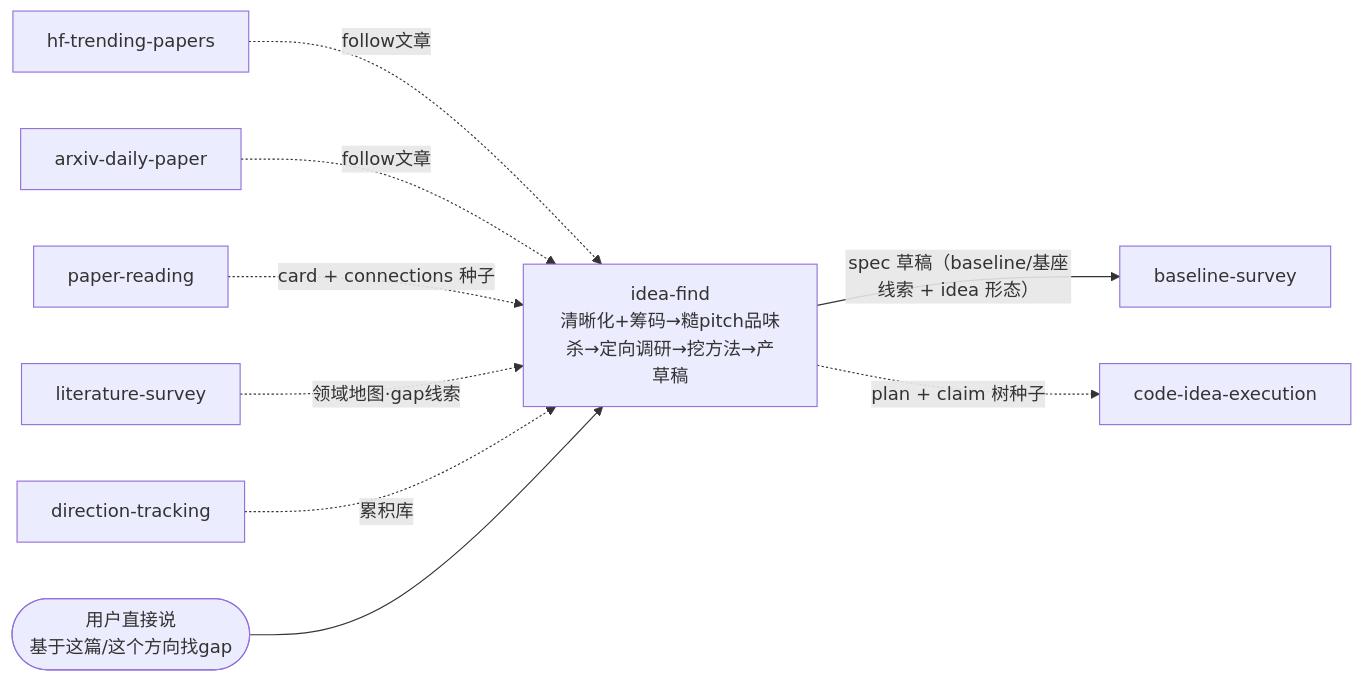
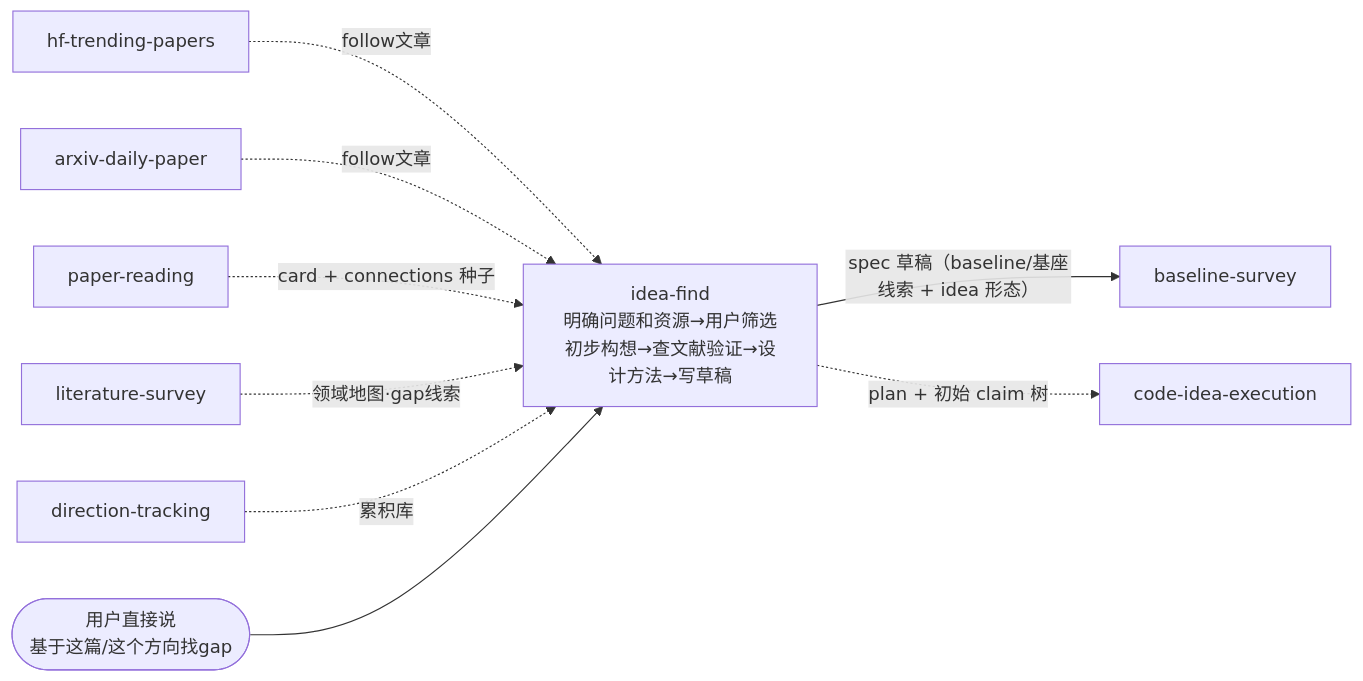
Before and after one commit to jackwang0108/dl-assistant: the first of 2 diagrams in plugins/dl-assistant/skills/idea-find/SKILL.md, drawn with Mermaid. The commit also changed other lines of this file and 143 other files, not shown here.

````diff
--- a/plugins/dl-assistant/skills/idea-find/SKILL.md
+++ b/plugins/dl-assistant/skills/idea-find/SKILL.md
@@ -20,12 +20,12 @@
 ```mermaid
 flowchart LR
     HF[hf-trending-papers] -.->|follow文章| IF
     AD[arxiv-daily-paper] -.->|follow文章| IF
     PR[paper-reading] -.->|card + connections 种子| IF
     LS[literature-survey] -.->|领域地图·gap线索| IF
     DT[direction-tracking] -.->|累积库| IF
     USER(["用户直接说<br/>基于这篇/这个方向找gap"]) --> IF
-    IF["idea-find<br/>清晰化+筹码→糙pitch品味杀→定向调研→挖方法→产草稿"]
+    IF["idea-find<br/>明确问题和资源→用户筛选初步构想→查文献验证→设计方法→写草稿"]
     IF -->|spec 草稿（baseline/基座线索 + idea 形态）| BS[baseline-survey]
-    IF -.->|plan + claim 树种子| EX[code-idea-execution]
+    IF -.->|plan + 初始 claim 树| EX[code-idea-execution]
 ```
````
